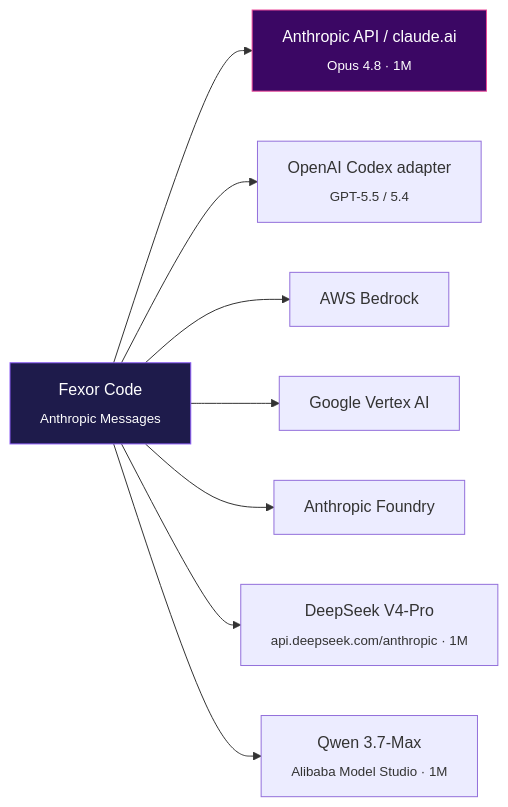
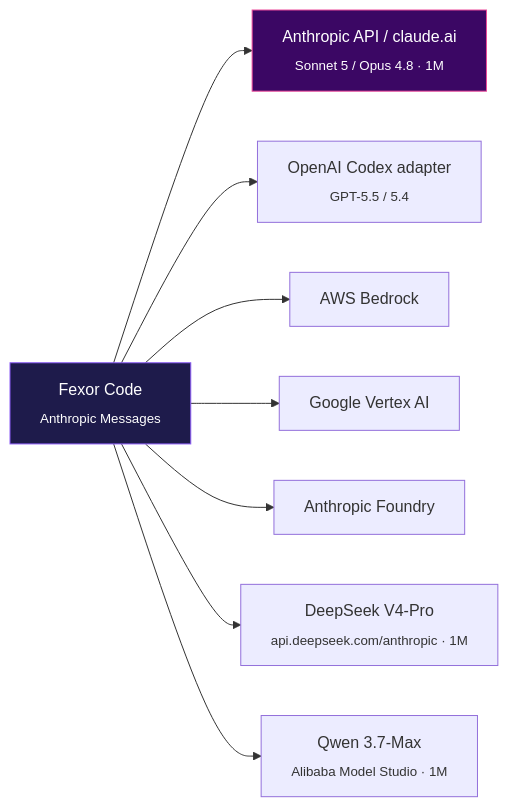
One commit to jennofrie/fexor-code changed the fourth of 4 diagrams in README.md. Above: the diagram before and after it, drawn with Mermaid. The commit also changed other lines of this file and 64 other files, not shown here.

First line of the commit message:
chore: sync pending WIP — Sonnet 5, API hardening, launchers, GLM/fugu, tests

````diff
--- a/README.md
+++ b/README.md
@@ -145,14 +145,14 @@
 ```mermaid
 flowchart LR
     APP["Fexor Code<br/><sub>Anthropic Messages</sub>"]
-    APP --> ANT["Anthropic API / claude.ai<br/><sub>Opus 4.8 · 1M</sub>"]
+    APP --> ANT["Anthropic API / claude.ai<br/><sub>Sonnet 5 / Opus 4.8 · 1M</sub>"]
     APP --> CODEX["OpenAI Codex adapter<br/><sub>GPT-5.5 / 5.4</sub>"]
     APP --> BR["AWS Bedrock"]
     APP --> VX["Google Vertex AI"]
     APP --> FD["Anthropic Foundry"]
     APP --> DS["DeepSeek V4-Pro<br/><sub>api.deepseek.com/anthropic · 1M</sub>"]
     APP --> QW["Qwen 3.7-Max<br/><sub>Alibaba Model Studio · 1M</sub>"]
 
     style APP fill:#1e1b4b,stroke:#8b5cf6,color:#fff
     style ANT fill:#3b0764,stroke:#ec4899,color:#fff
 ```
````
